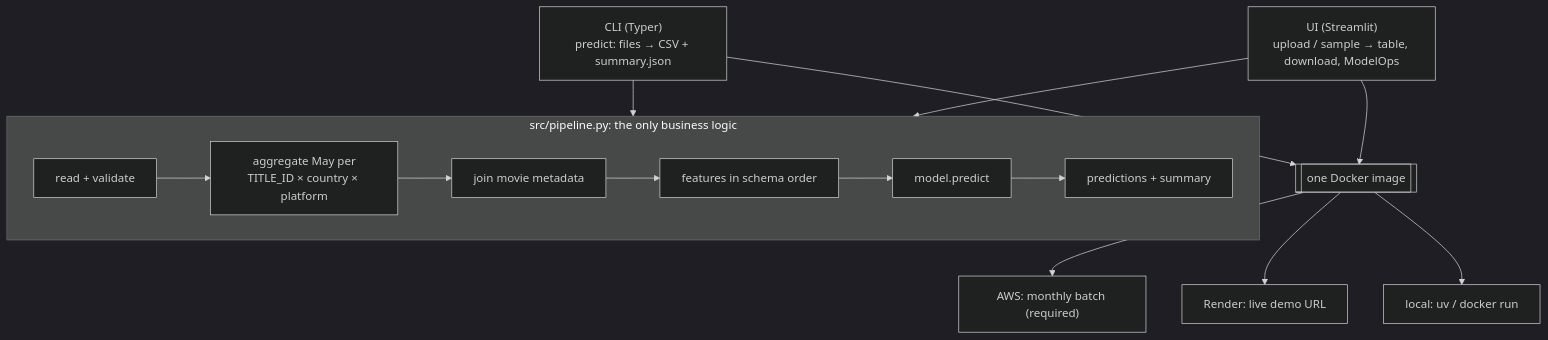
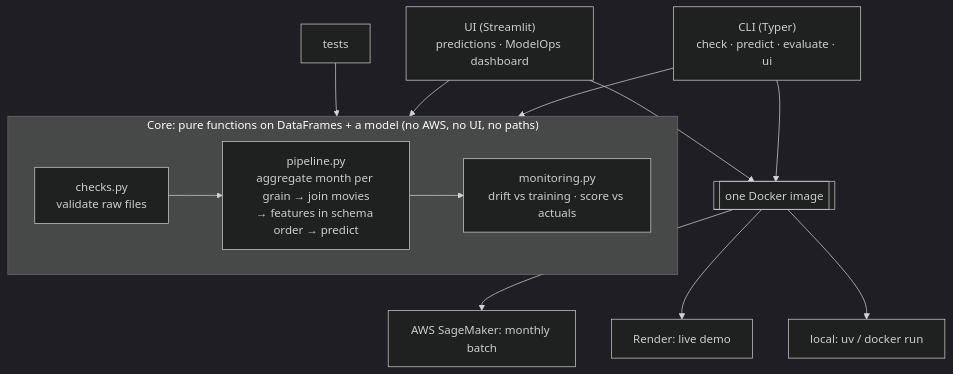
One commit to emiliomunozai/movie-streams-forecast changed the first of 2 diagrams in docs/ARCHITECTURE.md. Above: the diagram before and after it, drawn with Mermaid (dark theme). The commit also changed other lines of this file and 3 other files, not shown here.

Commit message:
docs: add live demo link and final review

````diff
--- a/docs/ARCHITECTURE.md
+++ b/docs/ARCHITECTURE.md
@@ -5,13 +5,15 @@
 ```mermaid
 flowchart TB
-    subgraph core["src/pipeline.py: the only business logic"]
+    subgraph core["Core: pure functions on DataFrames + a model (no AWS, no UI, no paths)"]
         direction LR
-        A["read + validate"] --> B["aggregate May per<br/>TITLE_ID × country × platform"] --> C["join movie metadata"] --> D["features in schema order"] --> E["model.predict"] --> F["predictions + summary"]
+        K["checks.py<br/>validate raw files"] --> P["pipeline.py<br/>aggregate month per grain → join movies<br/>→ features in schema order → predict"]
+        P --> M["monitoring.py<br/>drift vs training · score vs actuals"]
     end
-    CLI["CLI (Typer)<br/>predict: files → CSV + summary.json"] --> core
-    UI["UI (Streamlit)<br/>upload / sample → table, download, ModelOps"] --> core
+    CLI["CLI (Typer)<br/>check · predict · evaluate · ui"] --> core
+    UI["UI (Streamlit)<br/>predictions · ModelOps dashboard"] --> core
+    T["tests"] --> core
     CLI & UI --> IMG[["one Docker image"]]
-    IMG --> AWS["AWS: monthly batch (required)"]
-    IMG --> HF["Render: live demo URL"]
+    IMG --> AWS["AWS SageMaker: monthly batch"]
+    IMG --> WEB["Render: live demo"]
     IMG --> LOCAL["local: uv / docker run"]
 ```
````
